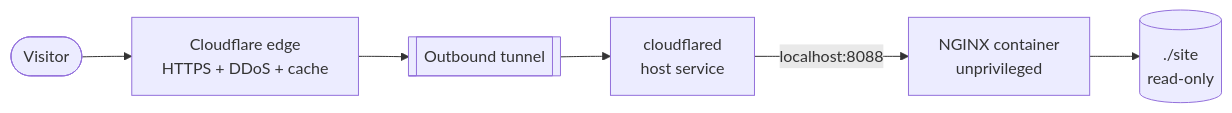
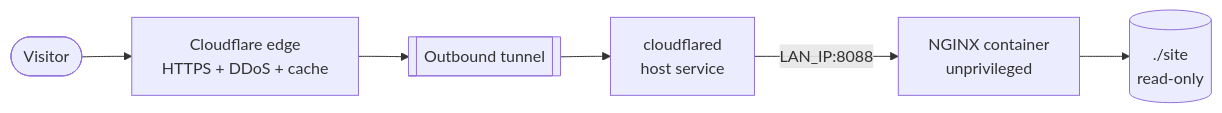
One commit to Shineori/homelab changed the diagram in docs/services/resume-site.md. Above: the diagram before and after it, drawn with Mermaid. The commit also changed other lines of this file and 2 other files, not shown here.

First line of the commit message:
Resume site: port now bound to the NAS LAN IP; update docs to match

````diff
--- a/docs/services/resume-site.md
+++ b/docs/services/resume-site.md
@@ -20,8 +20,8 @@
 ```mermaid
 flowchart LR
     v([Visitor]) --> edge[Cloudflare edge<br/>HTTPS + DDoS + cache]
     edge --> tun[[Outbound tunnel]]
     tun --> cfd[cloudflared<br/>host service]
-    cfd -- localhost:8088 --> ng[NGINX container<br/>unprivileged]
+    cfd -- LAN_IP:8088 --> ng[NGINX container<br/>unprivileged]
     ng --> files[(./site<br/>read-only)]
 ```
````
